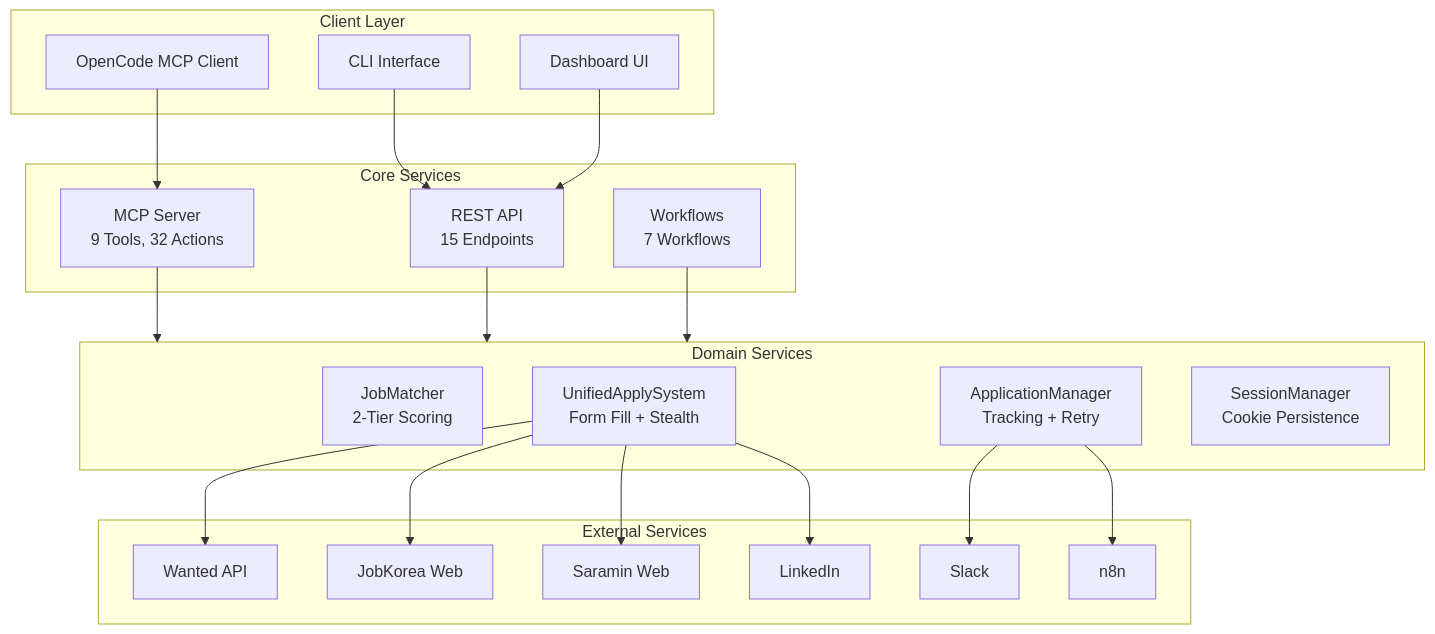
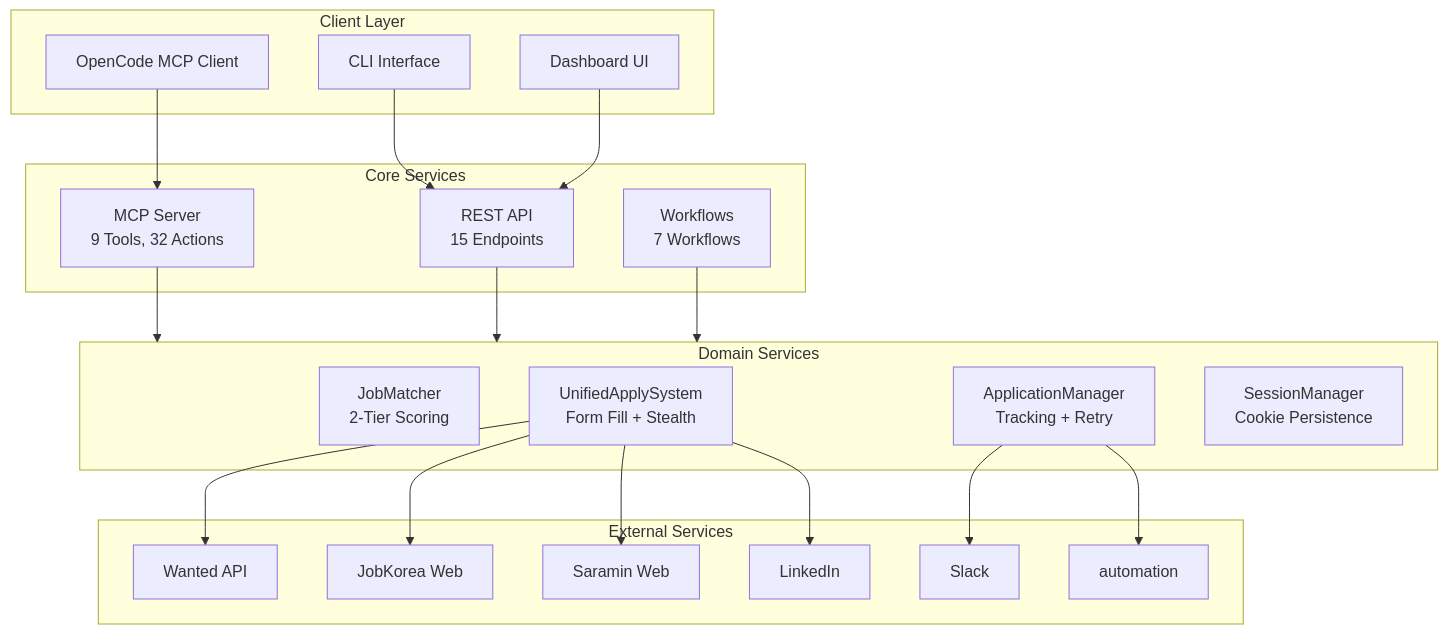
One commit to jclee941/resume changed the first of 5 diagrams in docs/guides/auto-apply.md. Above: the diagram before and after it, drawn with Mermaid. The commit also changed other lines of this file and 233 other files, not shown here.

````diff
--- a/docs/guides/auto-apply.md
+++ b/docs/guides/auto-apply.md
@@ -250,46 +250,46 @@
 ```mermaid
 flowchart TB
     subgraph Client["Client Layer"]
         OC[OpenCode MCP Client]
         CLI[CLI Interface]
         UI[Dashboard UI]
     end
 
     subgraph Core["Core Services"]
         MCP[MCP Server<br/>9 Tools, 32 Actions]
         API[REST API<br/>15 Endpoints]
         WF[Workflows<br/>7 Workflows]
     end
 
     subgraph Domain["Domain Services"]
         JM[JobMatcher<br/>2-Tier Scoring]
         UAS[UnifiedApplySystem<br/>Form Fill + Stealth]
         AM[ApplicationManager<br/>Tracking + Retry]
         SM[SessionManager<br/>Cookie Persistence]
     end
 
     subgraph External["External Services"]
         WA[Wanted API]
         JK[JobKorea Web]
         SA[Saramin Web]
         LI[LinkedIn]
         SL[Slack]
-        N8N[n8n]
+        AUTOMATION[automation]
     end
 
     OC --> MCP
     CLI --> API
     UI --> API
 
     MCP --> Domain
     API --> Domain
     WF --> Domain
 
     UAS --> WA
     UAS --> JK
     UAS --> SA
     UAS --> LI
 
     AM --> SL
-    AM --> N8N
+    AM --> AUTOMATION
 ```
````
